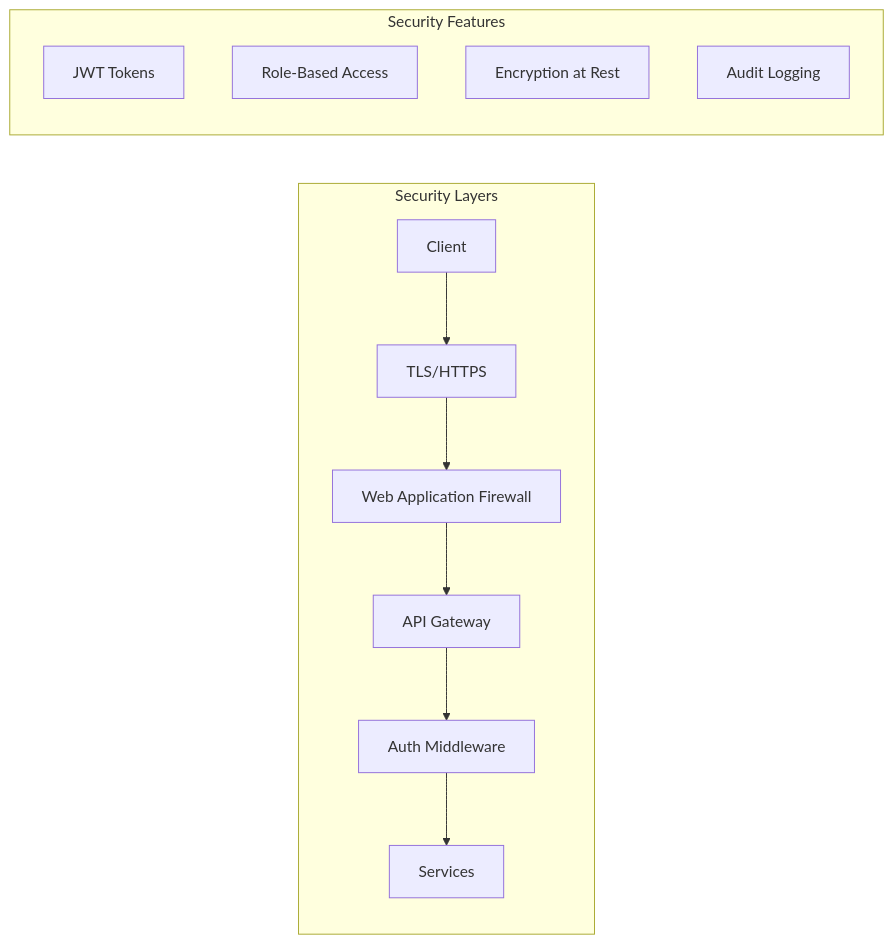
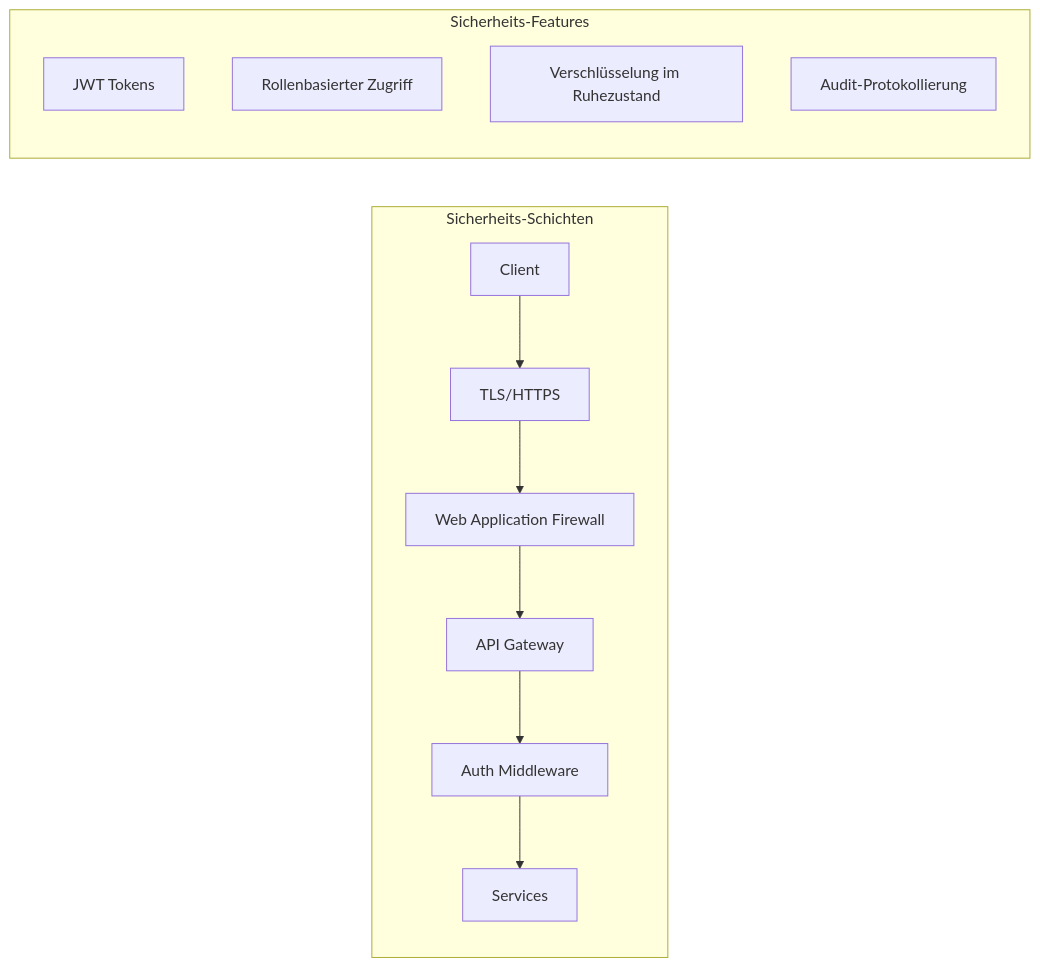
Before and after one commit to MadGapun/ELWOSA-Pub: the third of 3 diagrams in ARCHITECTURE.md, drawn with Mermaid. The commit also changed other lines of this file, not shown here.

First line of the commit message:
🏗️ ARCHITECTURE.md auf Deutsch übersetzt

````diff
--- a/ARCHITECTURE.md
+++ b/ARCHITECTURE.md
@@ -147,17 +147,17 @@
 ```mermaid
 graph LR
-    subgraph "Security Layers"
+    subgraph "Sicherheits-Schichten"
         C[Client] --> TLS[TLS/HTTPS]
         TLS --> WAF[Web Application Firewall]
         WAF --> GW[API Gateway]
         GW --> AUTH[Auth Middleware]
         AUTH --> SVC[Services]
     end
     
-    subgraph "Security Features"
+    subgraph "Sicherheits-Features"
         JWT[JWT Tokens]
-        RBAC[Role-Based Access]
-        ENC[Encryption at Rest]
-        AUD[Audit Logging]
+        RBAC[Rollenbasierter Zugriff]
+        ENC[Verschlüsselung im Ruhezustand]
+        AUD[Audit-Protokollierung]
     end
 ```
````
